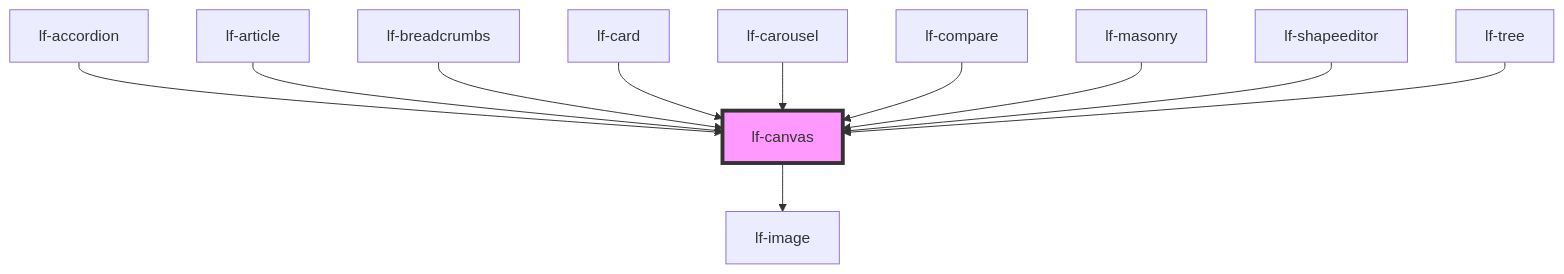
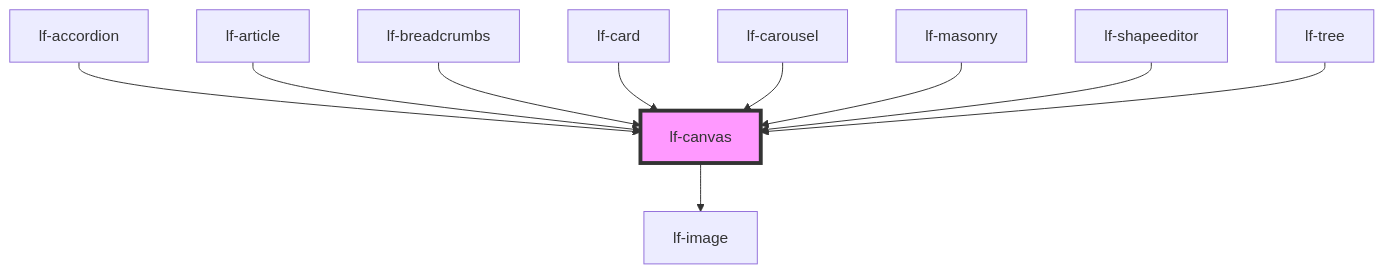
One commit to lucafoscili/lf-widgets changed the diagram in packages/core/src/components/lf-canvas/readme.md. Above: the diagram before and after it, drawn with Mermaid. The commit also changed other lines of this file and 191 other files, not shown here.

First line of the commit message:
chore: Refactor to functional component architecture for UI

````diff
--- a/packages/core/src/components/lf-canvas/readme.md
+++ b/packages/core/src/components/lf-canvas/readme.md
@@ -294,14 +293,13 @@
 ```mermaid
 graph TD;
   lf-canvas --> lf-image
   lf-accordion --> lf-canvas
   lf-article --> lf-canvas
   lf-breadcrumbs --> lf-canvas
   lf-card --> lf-canvas
   lf-carousel --> lf-canvas
-  lf-compare --> lf-canvas
   lf-masonry --> lf-canvas
   lf-shapeeditor --> lf-canvas
   lf-tree --> lf-canvas
   style lf-canvas fill:#f9f,stroke:#333,stroke-width:4px
 ```
````
